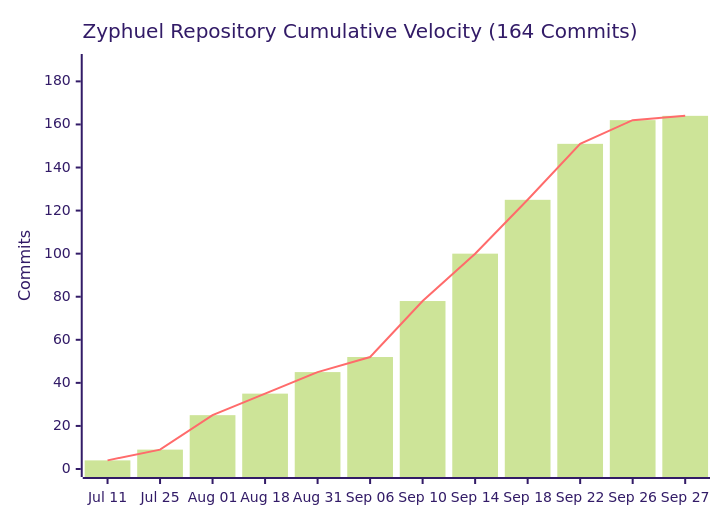
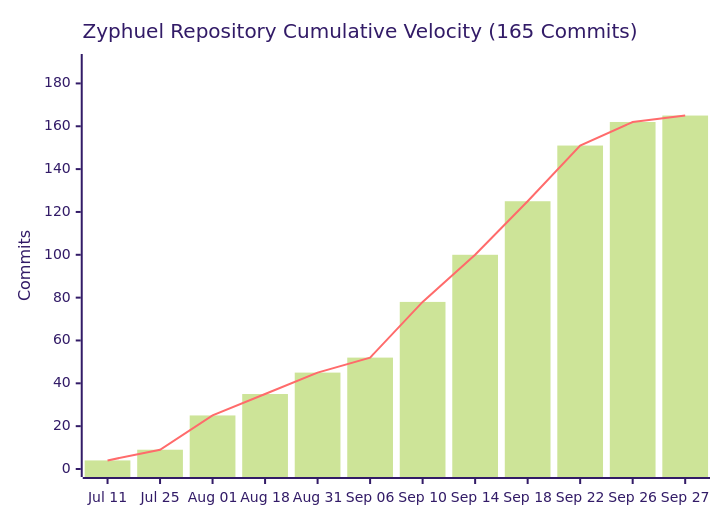
One commit to daniyal44/Zyphuel changed the diagram in README.md. Above: the diagram before and after it, drawn with Mermaid (forest theme). The commit also changed other lines of this file and 8 other files, not shown here.

````diff
--- a/README.md
+++ b/README.md
@@ -155,8 +155,8 @@
 ```mermaid
 xychart-beta
-    title "Zyphuel Repository Cumulative Velocity (164 Commits)"
+    title "Zyphuel Repository Cumulative Velocity (165 Commits)"
     x-axis ["Jul 11", "Jul 25", "Aug 01", "Aug 18", "Aug 31", "Sep 06", "Sep 10", "Sep 14", "Sep 18", "Sep 22", "Sep 26", "Sep 27"]
-    y-axis "Commits" 0 --> 189
-    bar [4, 9, 25, 35, 45, 52, 78, 100, 125, 151, 162, 164]
-    line [4, 9, 25, 35, 45, 52, 78, 100, 125, 151, 162, 164]
+    y-axis "Commits" 0 --> 190
+    bar [4, 9, 25, 35, 45, 52, 78, 100, 125, 151, 162, 165]
+    line [4, 9, 25, 35, 45, 52, 78, 100, 125, 151, 162, 165]
 ```
````
